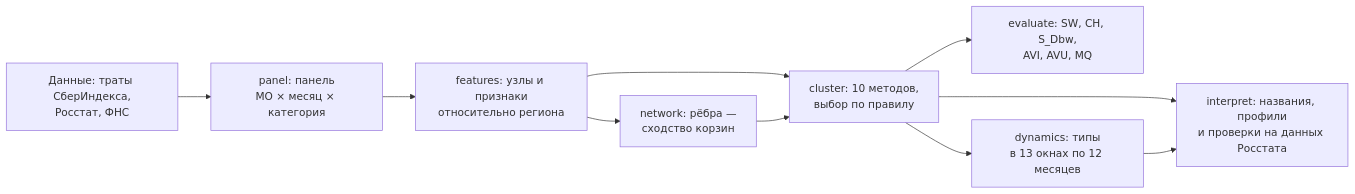
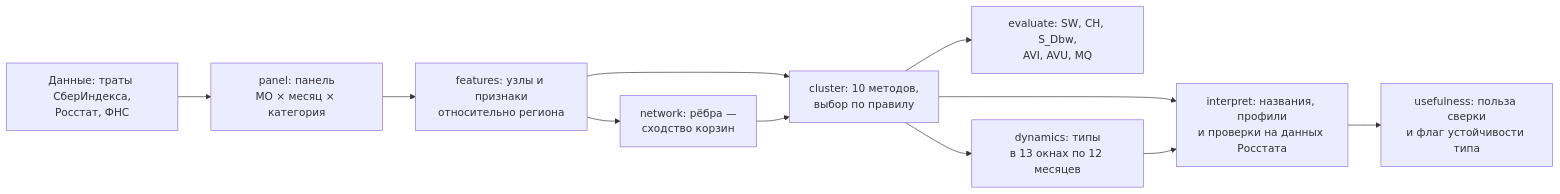
One commit to nik0mir/sberindex changed the diagram in report/report.md. Above: the diagram before and after it, drawn with Mermaid. The commit also changed other lines of this file and 3 other files, not shown here.

First line of the commit message:
Отчёт: польза сверки с соседями по региону и флаг устойчивости типа (этап usefulness)

````diff
--- a/report/report.md
+++ b/report/report.md
@@ -7,12 +7,13 @@
 ```mermaid
 flowchart LR
     D["Данные: траты СберИндекса,<br>Росстат, ФНС"] --> P["panel: панель<br>МО × месяц × категория"]
     P --> F["features: узлы и признаки<br>относительно региона"]
     F --> N["network: рёбра —<br>сходство корзин"]
     F --> C["cluster: 10 методов,<br>выбор по правилу"]
     N --> C
     C --> E["evaluate: SW, CH, S_Dbw,<br>AVI, AVU, MQ"]
     C --> Y["dynamics: типы<br>в 13 окнах по 12 месяцев"]
     C --> I["interpret: названия, профили<br>и проверки на данных Росстата"]
     Y --> I
+    I --> U["usefulness: польза сверки<br>и флаг устойчивости типа"]
 ```
````
